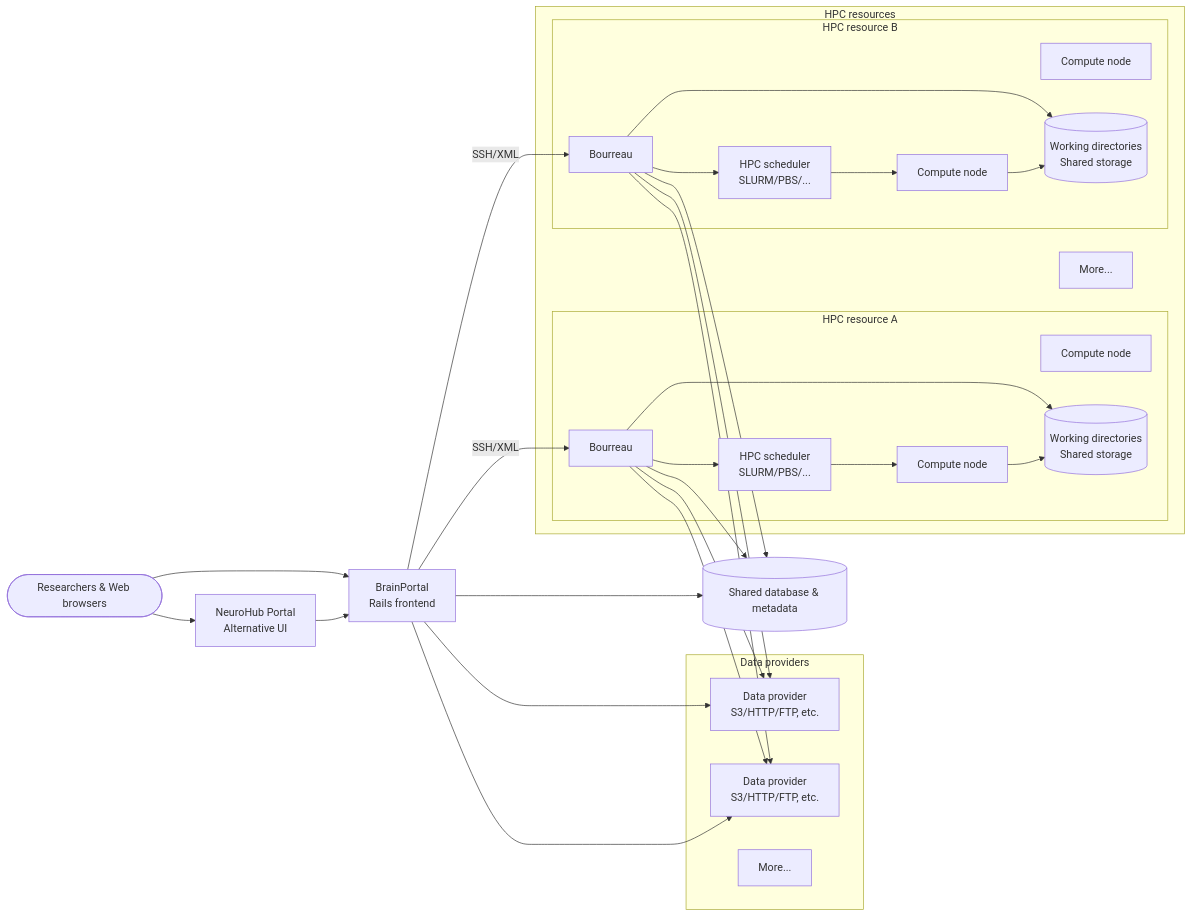
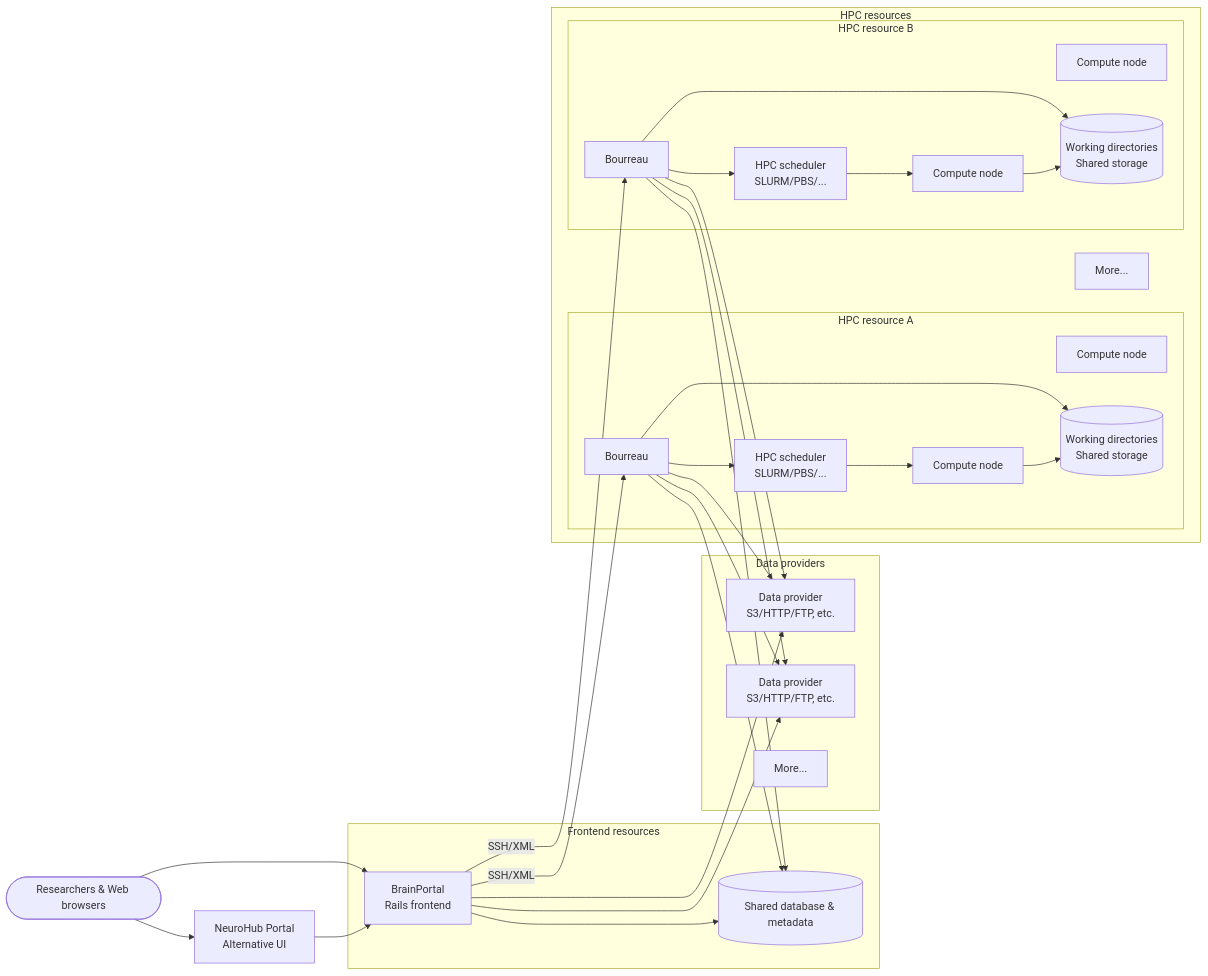
One commit to aces/cbrain changed the diagram in README.md. Above: the diagram before and after it, drawn with Mermaid.

Commit message:
Group BrainPortal with shared database

````diff
--- a/README.md
+++ b/README.md
@@ -25,50 +25,52 @@
 ```mermaid
 flowchart LR
   Users([Researchers & Web browsers])
   NH[NeuroHub Portal<br/>Alternative UI]
-  BP[BrainPortal<br/>Rails frontend]
-  DB[(Shared database & metadata)]
+  subgraph Frontend[Frontend resources]
+    BP[BrainPortal<br/>Rails frontend]
+    DB[(Shared database & metadata)]
+  end
   subgraph DataProviders[Data providers]
     DP1[Data provider<br/>S3/HTTP/FTP, etc.]
     DP2[Data provider<br/>S3/HTTP/FTP, etc.]
     DP3[More...]
   end
   subgraph HPCResources[HPC resources]
     subgraph ResourceA[HPC resource A]
       BO1[Bourreau]
       Sched1[HPC scheduler<br/>SLURM/PBS/...]
       Compute1[Compute node]
       Compute2[Compute node]
       Scratch1[(Working directories<br/>Shared storage)]
     end
     subgraph ResourceB[HPC resource B]
       BO2[Bourreau]
       Sched2[HPC scheduler<br/>SLURM/PBS/...]
       Compute3[Compute node]
       Compute4[Compute node]
       Scratch2[(Working directories<br/>Shared storage)]
     end
     ResourceMore[More...]
   end
 
   Users --> BP
   Users --> NH
   NH --> BP
   BP --> DB
   BP --> DP1
   BP --> DP2
   BP -->|SSH/XML| BO1
   BP -->|SSH/XML| BO2
   BO1 --> DP1
   BO1 --> DP2
   BO2 --> DP1
   BO2 --> DP2
   BO1 --> DB
   BO2 --> DB
   BO1 --> Sched1 --> Compute1
   BO2 --> Sched2 --> Compute3
   BO1 --> Scratch1
   BO2 --> Scratch2
   Compute1 --> Scratch1
   Compute3 --> Scratch2
 ```
````
